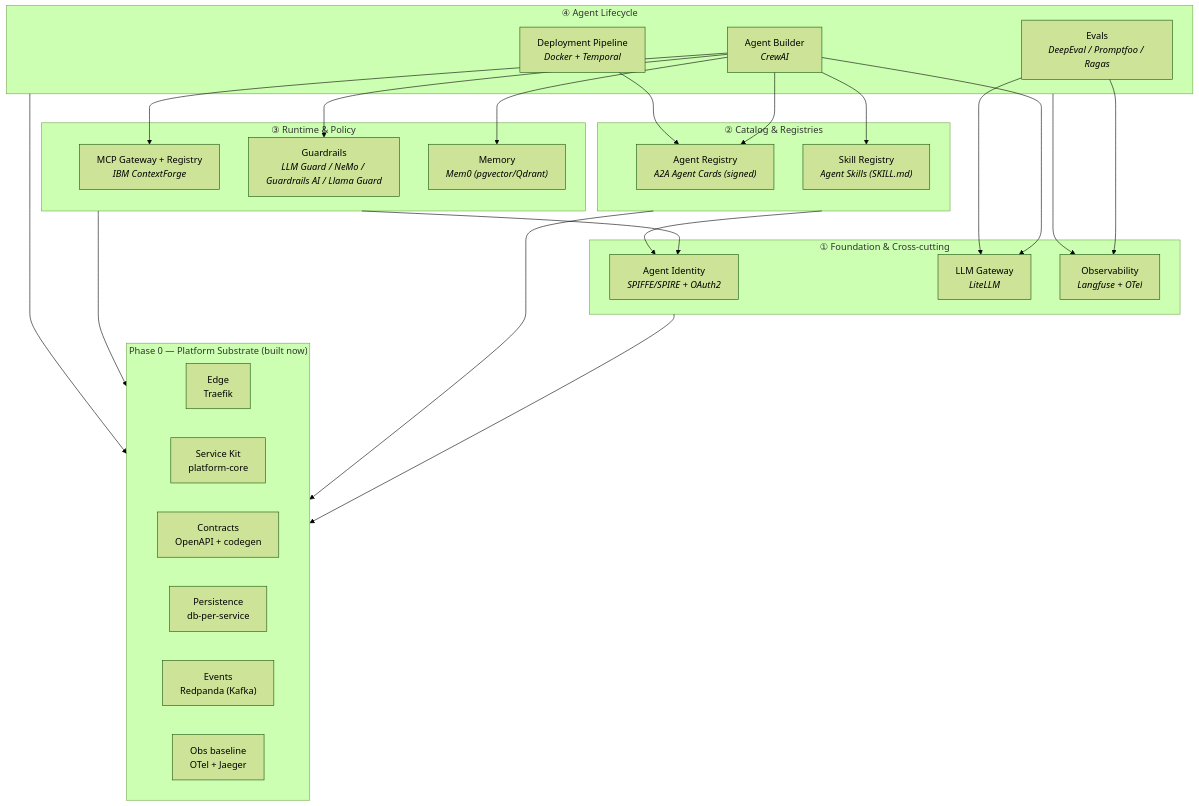
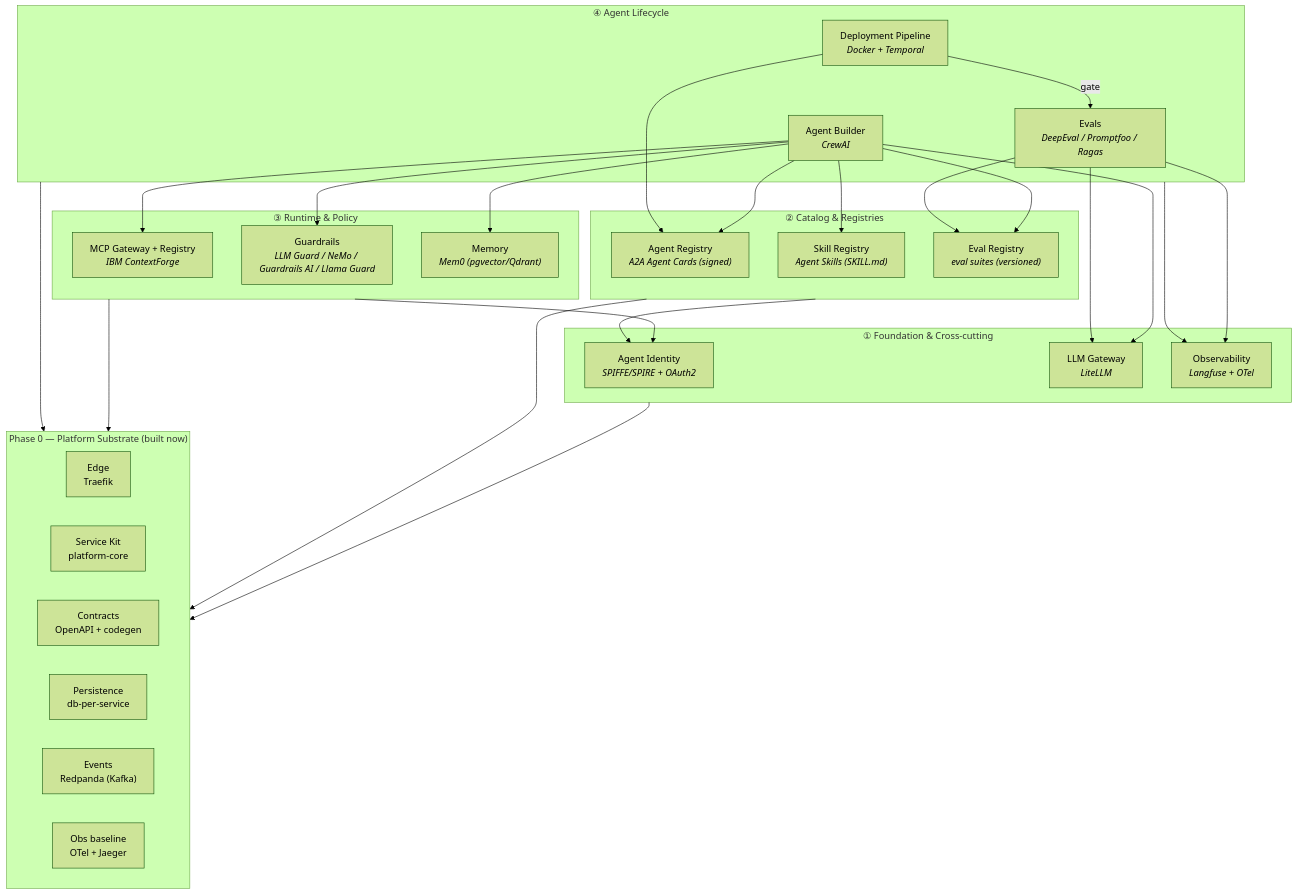
Before and after one commit to WilsonWordsofWisdom/NotGovHarness: the first of 3 diagrams in docs/architecture.md, drawn with Mermaid (forest theme). The commit also changed other lines of this file and 1 other file, not shown here.

Commit message:
docs: add Eval Registry harness + eval generation design (D-011, D-012)

````diff
--- a/docs/architecture.md
+++ b/docs/architecture.md
@@ -10,45 +10,47 @@
 ```mermaid
 graph TB
     subgraph L4["④ Agent Lifecycle"]
         AB["Agent Builder<br/><i>CrewAI</i>"]
         DP["Deployment Pipeline<br/><i>Docker + Temporal</i>"]
         EV["Evals<br/><i>DeepEval / Promptfoo / Ragas</i>"]
     end
     subgraph L3["③ Runtime & Policy"]
         MG["MCP Gateway + Registry<br/><i>IBM ContextForge</i>"]
         GR["Guardrails<br/><i>LLM Guard / NeMo / Guardrails AI / Llama Guard</i>"]
         MEM["Memory<br/><i>Mem0 (pgvector/Qdrant)</i>"]
     end
     subgraph L2["② Catalog & Registries"]
         AR["Agent Registry<br/><i>A2A Agent Cards (signed)</i>"]
         SR["Skill Registry<br/><i>Agent Skills (SKILL.md)</i>"]
+        ER["Eval Registry<br/><i>eval suites (versioned)</i>"]
     end
     subgraph L1["① Foundation & Cross-cutting"]
         ID["Agent Identity<br/><i>SPIFFE/SPIRE + OAuth2</i>"]
         GW["LLM Gateway<br/><i>LiteLLM</i>"]
         OBS["Observability<br/><i>Langfuse + OTel</i>"]
     end
 
-    AB --> AR & SR & MG
+    AB --> AR & SR & MG & ER
     AB --> GW & MEM & GR
     DP --> AR
-    EV --> GW & OBS
+    DP -->|gate| EV
+    EV --> GW & OBS & ER
     L3 --> ID
     L2 --> ID
     L4 --> OBS
 
     L1 --> SUB
     L2 --> SUB
     L3 --> SUB
     L4 --> SUB
 
     subgraph SUB["Phase 0 — Platform Substrate (built now)"]
         direction LR
         EDGE["Edge<br/>Traefik"]
         KIT["Service Kit<br/>platform-core"]
         CON["Contracts<br/>OpenAPI + codegen"]
         PER["Persistence<br/>db-per-service"]
         EVT["Events<br/>Redpanda (Kafka)"]
         OT["Obs baseline<br/>OTel + Jaeger"]
     end
 ```
````
